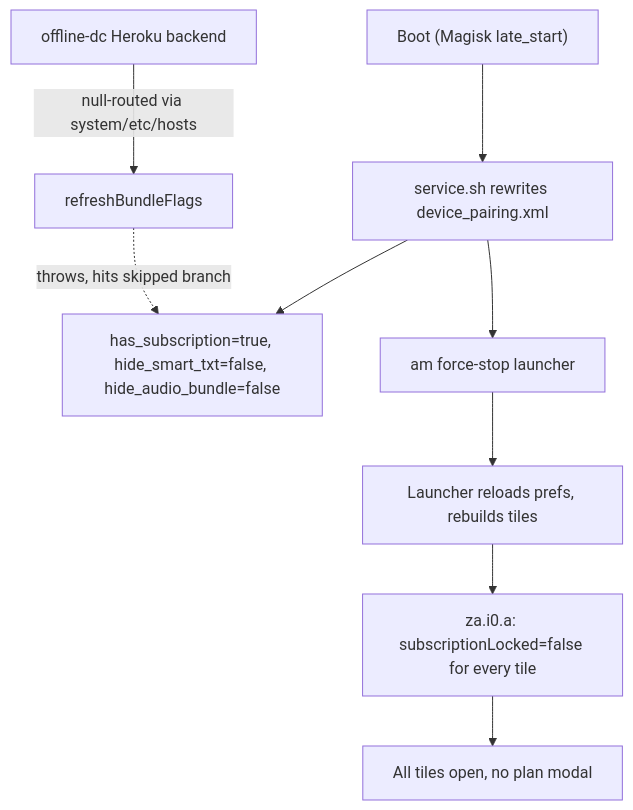
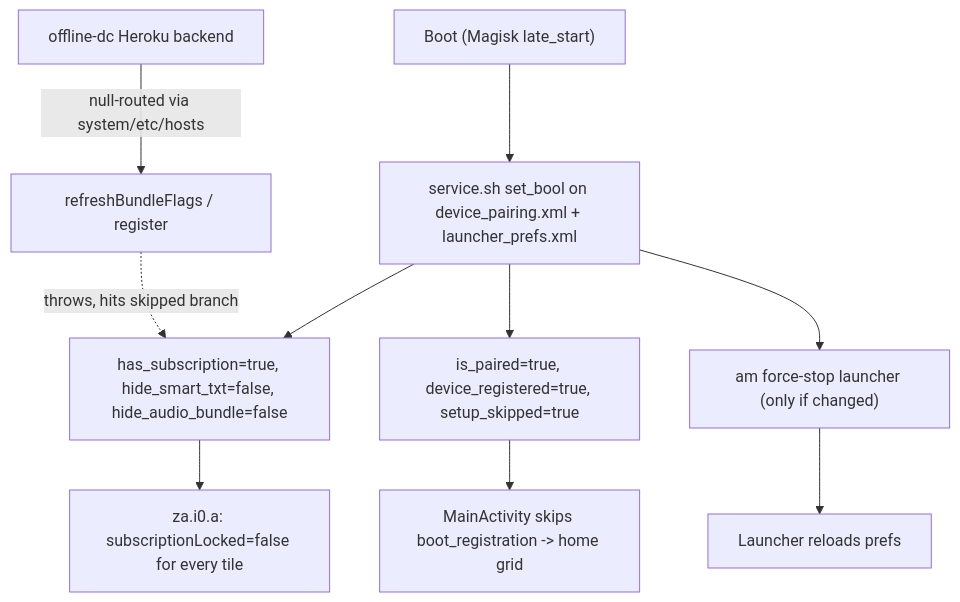
One commit to ambercaravalho/tcl-flip-2-apps changed the diagram in README.md. Above: the diagram before and after it, drawn with Mermaid. The commit also changed other lines of this file and 12 other files, not shown here.

First line of the commit message:
Add SIM-check fix and boot-animation module; split magisk modules

````diff
--- a/README.md
+++ b/README.md
@@ -92,11 +139,12 @@
 ```mermaid
 flowchart TD
-  boot["Boot (Magisk late_start)"] --> svc["service.sh rewrites device_pairing.xml"]
-  svc --> flags["has_subscription=true, hide_smart_txt=false, hide_audio_bundle=false"]
-  svc --> stop["am force-stop launcher"]
-  stop --> reload["Launcher reloads prefs, rebuilds tiles"]
-  reload --> gate["za.i0.a: subscriptionLocked=false for every tile"]
-  gate --> tiles["All tiles open, no plan modal"]
-  backend["offline-dc Heroku backend"] -->|null-routed via system/etc/hosts| refresh["refreshBundleFlags"]
-  refresh -.->|"throws, hits skipped branch"| flags
+  boot["Boot (Magisk late_start)"] --> svc["service.sh set_bool on device_pairing.xml + launcher_prefs.xml"]
+  svc --> plan["has_subscription=true, hide_smart_txt=false, hide_audio_bundle=false"]
+  svc --> act["is_paired=true, device_registered=true, setup_skipped=true"]
+  svc --> stop["am force-stop launcher (only if changed)"]
+  stop --> reload["Launcher reloads prefs"]
+  plan --> gate["za.i0.a: subscriptionLocked=false for every tile"]
+  act --> skip["MainActivity skips boot_registration -> home grid"]
+  backend["offline-dc Heroku backend"] -->|null-routed via system/etc/hosts| refresh["refreshBundleFlags / register"]
+  refresh -.->|"throws, hits skipped branch"| plan
 ```
````
